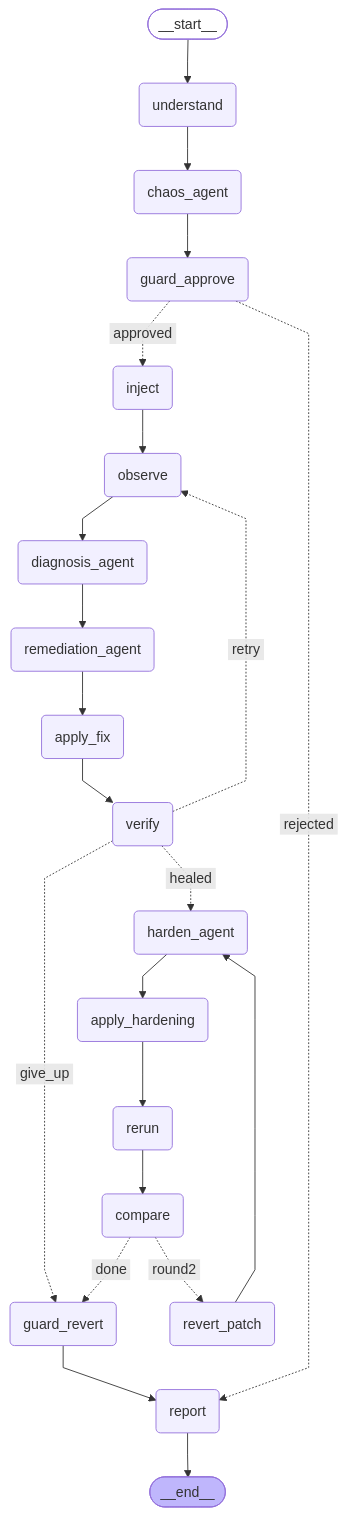
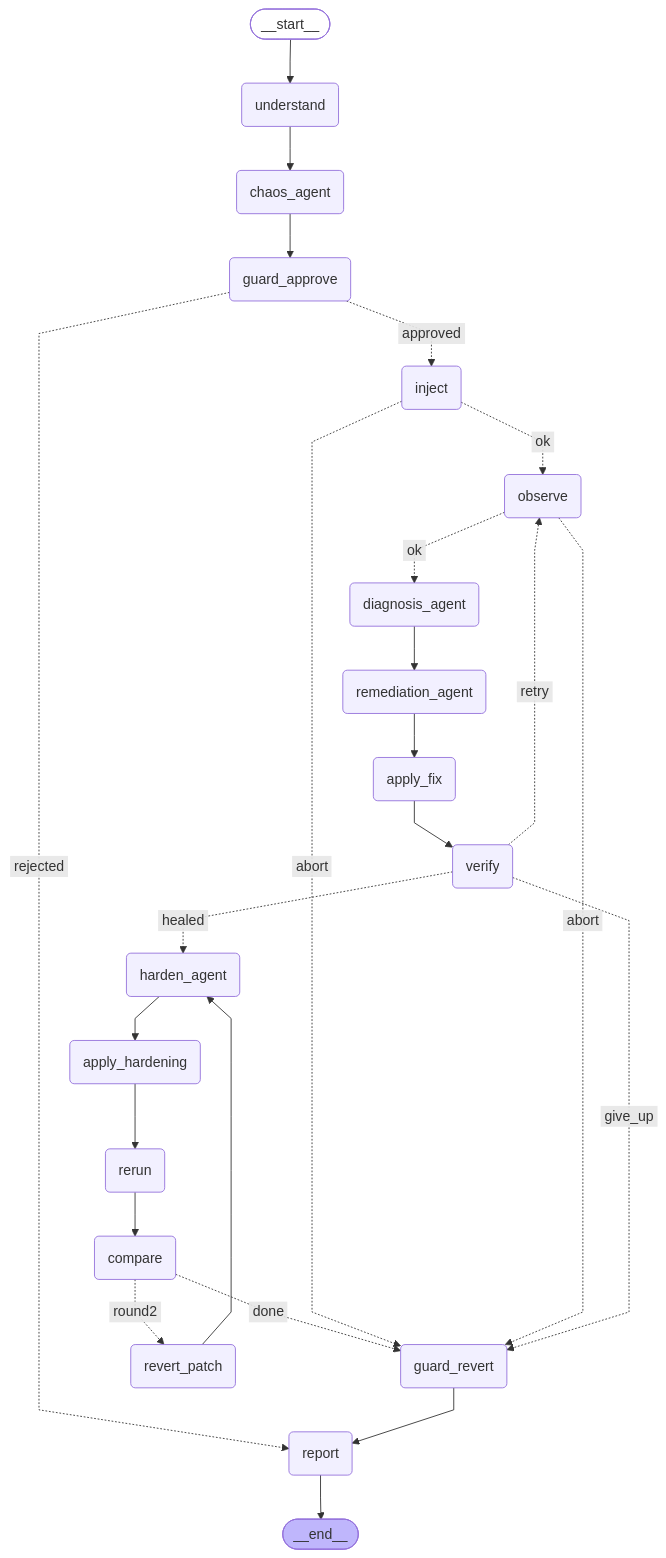
The diagram in docs/heal_graph.mmd (ThanayBallal/chaos-agent), drawn with Mermaid before and after one commit. The commit also changed 9 other files, not shown here.

```diff
--- a/docs/heal_graph.mmd
+++ b/docs/heal_graph.mmd
@@ -1,48 +1,50 @@
 ---
 config:
   flowchart:
     curve: linear
 ---
 graph TD;
 	__start__([<p>__start__</p>]):::first
 	understand(understand)
 	chaos_agent(chaos_agent)
 	guard_approve(guard_approve)
 	inject(inject)
 	observe(observe)
 	diagnosis_agent(diagnosis_agent)
 	remediation_agent(remediation_agent)
 	apply_fix(apply_fix)
 	verify(verify)
 	guard_revert(guard_revert)
 	harden_agent(harden_agent)
 	apply_hardening(apply_hardening)
 	rerun(rerun)
 	compare(compare)
 	revert_patch(revert_patch)
 	report(report)
 	__end__([<p>__end__</p>]):::last
 	__start__ --> understand;
 	apply_fix --> verify;
 	apply_hardening --> rerun;
 	chaos_agent --> guard_approve;
 	compare -. &nbsp;done&nbsp; .-> guard_revert;
 	compare -. &nbsp;round2&nbsp; .-> revert_patch;
 	diagnosis_agent --> remediation_agent;
 	guard_approve -. &nbsp;approved&nbsp; .-> inject;
 	guard_approve -. &nbsp;rejected&nbsp; .-> report;
 	guard_revert --> report;
 	harden_agent --> apply_hardening;
-	inject --> observe;
-	observe --> diagnosis_agent;
+	inject -. &nbsp;abort&nbsp; .-> guard_revert;
+	inject -. &nbsp;ok&nbsp; .-> observe;
+	observe -. &nbsp;ok&nbsp; .-> diagnosis_agent;
+	observe -. &nbsp;abort&nbsp; .-> guard_revert;
 	remediation_agent --> apply_fix;
 	rerun --> compare;
 	revert_patch --> harden_agent;
 	understand --> chaos_agent;
 	verify -. &nbsp;give_up&nbsp; .-> guard_revert;
 	verify -. &nbsp;healed&nbsp; .-> harden_agent;
 	verify -. &nbsp;retry&nbsp; .-> observe;
 	report --> __end__;
 	classDef default fill:#f2f0ff,line-height:1.2
 	classDef first fill-opacity:0
 	classDef last fill:#bfb6fc
```
